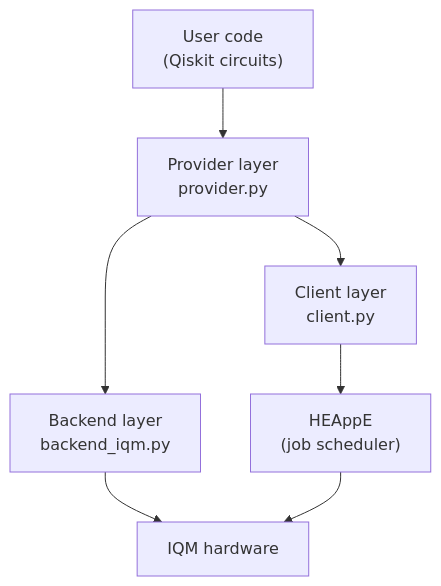
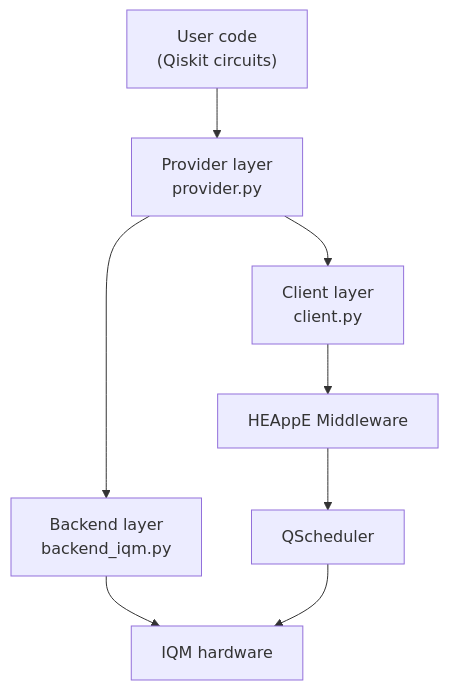
The diagram in docs/architecture.md (It4innovations/quantum-as-a-service), drawn with Mermaid before and after one commit. The commit also changed other lines of this file and 5 other files, not shown here.

````diff
--- a/docs/architecture.md
+++ b/docs/architecture.md
@@ -11,16 +11,18 @@
 ```mermaid
 graph TD
     User["User code\n(Qiskit circuits)"]
     P["Provider layer\nprovider.py"]
     C["Client layer\nclient.py"]
     B["Backend layer\nbackend_iqm.py"]
-    HEAppE["HEAppE\n(job scheduler)"]
+    HEAppE["HEAppE Middleware"]
+    QScheduler["QScheduler"]
     IQM["IQM hardware"]
 
     User --> P
     P --> C
     P --> B
     C --> HEAppE
+    HEAppE --> QScheduler
     B --> IQM
-    HEAppE --> IQM
+    QScheduler --> IQM
 ```
````
